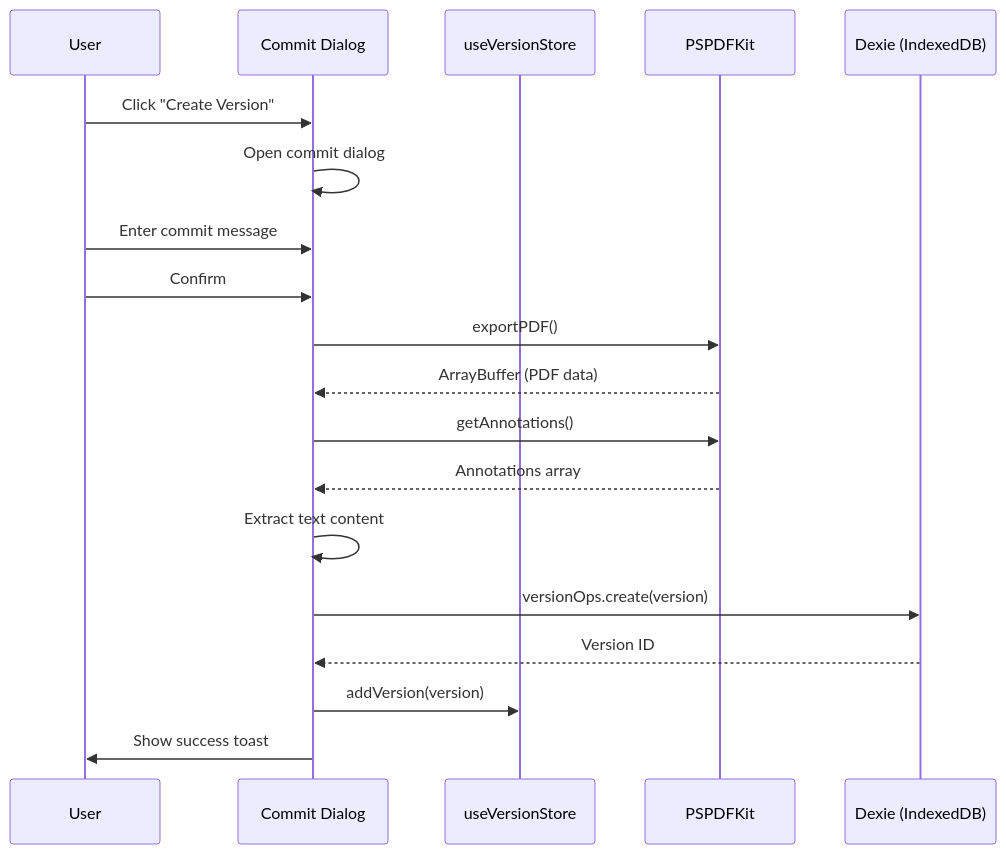
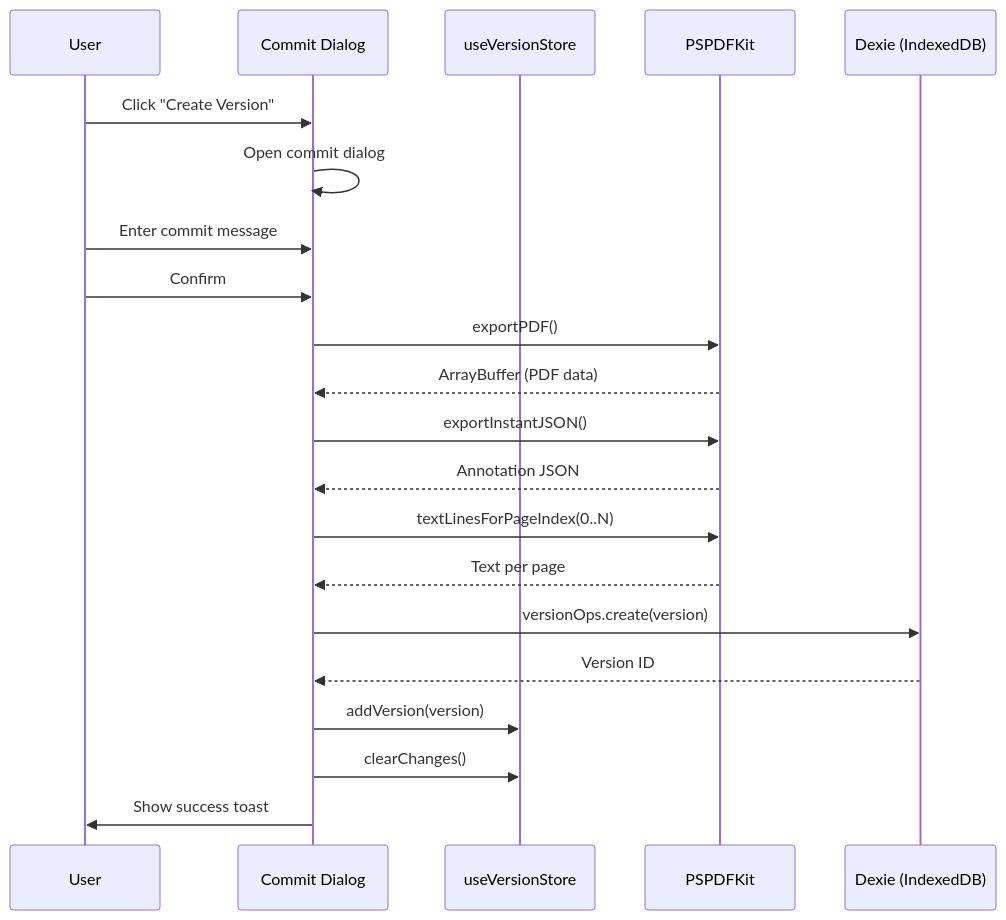
Before and after one commit to hellosurbhi/pdf-review-tool: the third of 11 diagrams in ARCHITECTURE.md, drawn with Mermaid. The commit also changed other lines of this file and 8 other files, not shown here.

````diff
--- a/ARCHITECTURE.md
+++ b/ARCHITECTURE.md
@@ -75,22 +75,24 @@
 ```mermaid
 sequenceDiagram
     participant User
     participant UI as Commit Dialog
     participant Store as useVersionStore
     participant PSPDFKit
     participant DB as Dexie (IndexedDB)
 
     User->>UI: Click "Create Version"
     UI->>UI: Open commit dialog
     User->>UI: Enter commit message
     User->>UI: Confirm
     UI->>PSPDFKit: exportPDF()
     PSPDFKit-->>UI: ArrayBuffer (PDF data)
-    UI->>PSPDFKit: getAnnotations()
-    PSPDFKit-->>UI: Annotations array
-    UI->>UI: Extract text content
+    UI->>PSPDFKit: exportInstantJSON()
+    PSPDFKit-->>UI: Annotation JSON
+    UI->>PSPDFKit: textLinesForPageIndex(0..N)
+    PSPDFKit-->>UI: Text per page
     UI->>DB: versionOps.create(version)
     DB-->>UI: Version ID
     UI->>Store: addVersion(version)
+    UI->>Store: clearChanges()
     UI->>User: Show success toast
 ```
````
